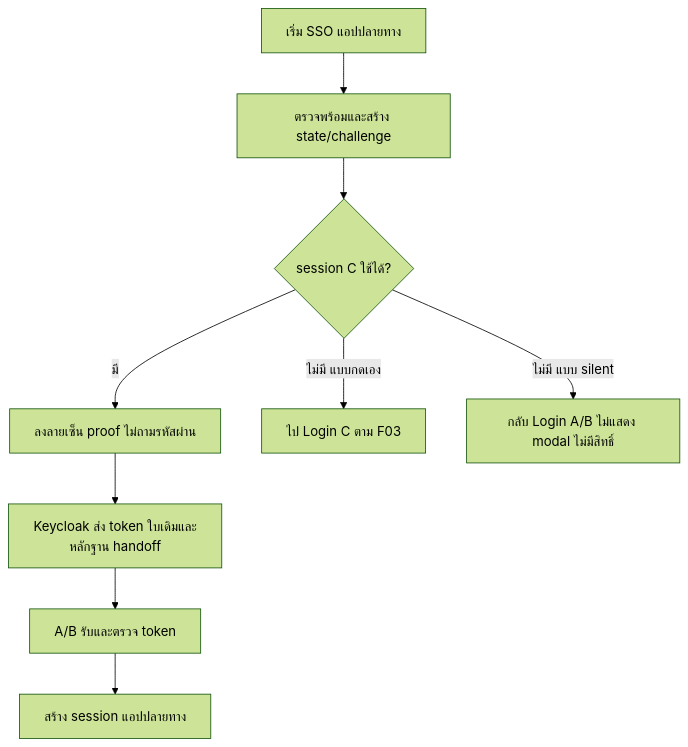
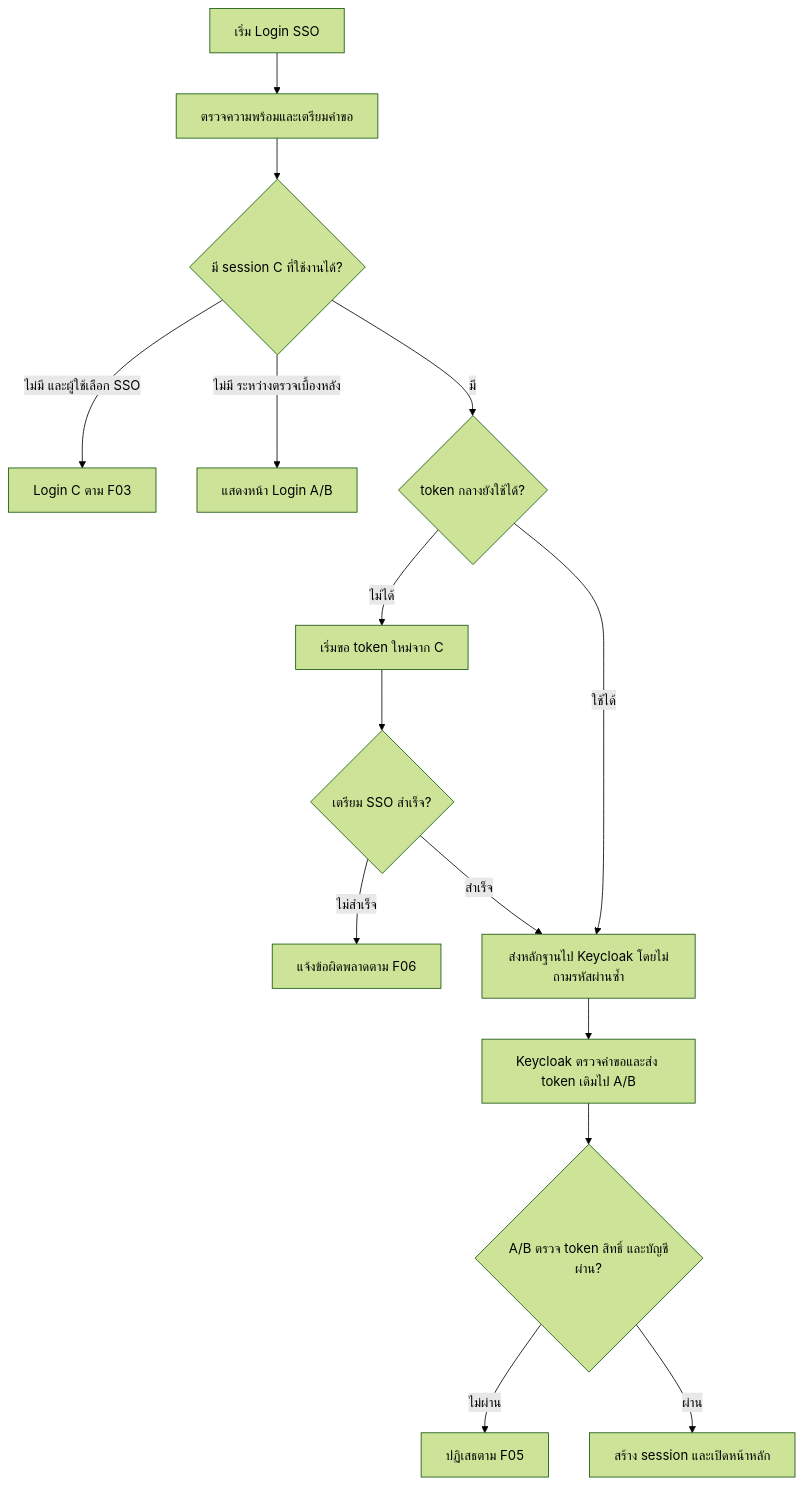
The eighth of 22 diagrams in docs/flows/LOGIN-AND-SESSION.md (Sin1apachai/poc_sso), drawn with Mermaid (forest theme) before and after one commit. The commit also changed other lines of this file and 69 other files, not shown here.

Commit message:
Add IdP heartbeat, Keycloak API collection and revised SSO guides

````diff
--- a/docs/flows/LOGIN-AND-SESSION.md
+++ b/docs/flows/LOGIN-AND-SESSION.md
@@ -195,11 +192,17 @@
 ```mermaid
 flowchart TD
-S[เริ่ม SSO แอปปลายทาง] --> P[ตรวจพร้อมและสร้าง state/challenge]
-    P --> C{session C ใช้ได้?}
-    C -->|มี| F[ลงลายเซ็น proof ไม่ถามรหัสผ่าน]
-    C -->|ไม่มี แบบกดเอง| L[ไป Login C ตาม F03]
-    C -->|ไม่มี แบบ silent| B[กลับ Login A/B ไม่แสดง modal ไม่มีสิทธิ์]
-    F --> K[Keycloak ส่ง token ใบเดิมและหลักฐาน handoff]
-    K --> A[A/B รับและตรวจ token]
-    A --> H[สร้าง session แอปปลายทาง]
+    S[เริ่ม Login SSO] --> P[ตรวจความพร้อมและเตรียมคำขอ]
+    P --> C{มี session C ที่ใช้งานได้?}
+    C -->|ไม่มี และผู้ใช้เลือก SSO| L[Login C ตาม F03]
+    C -->|ไม่มี ระหว่างตรวจเบื้องหลัง| B[แสดงหน้า Login A/B]
+    C -->|มี| T{token กลางยังใช้ได้?}
+    T -->|ไม่ได้| N[เริ่มขอ token ใหม่จาก C]
+    N --> R{เตรียม SSO สำเร็จ?}
+    R -->|ไม่สำเร็จ| E[แจ้งข้อผิดพลาดตาม F06]
+    R -->|สำเร็จ| F[ส่งหลักฐานไป Keycloak โดยไม่ถามรหัสผ่านซ้ำ]
+    T -->|ใช้ได้| F
+    F --> K[Keycloak ตรวจคำขอและส่ง token เดิมไป A/B]
+    K --> A{A/B ตรวจ token สิทธิ์ และบัญชีผ่าน?}
+    A -->|ไม่ผ่าน| D[ปฏิเสธตาม F05]
+    A -->|ผ่าน| H[สร้าง session และเปิดหน้าหลัก]
 ```
````
